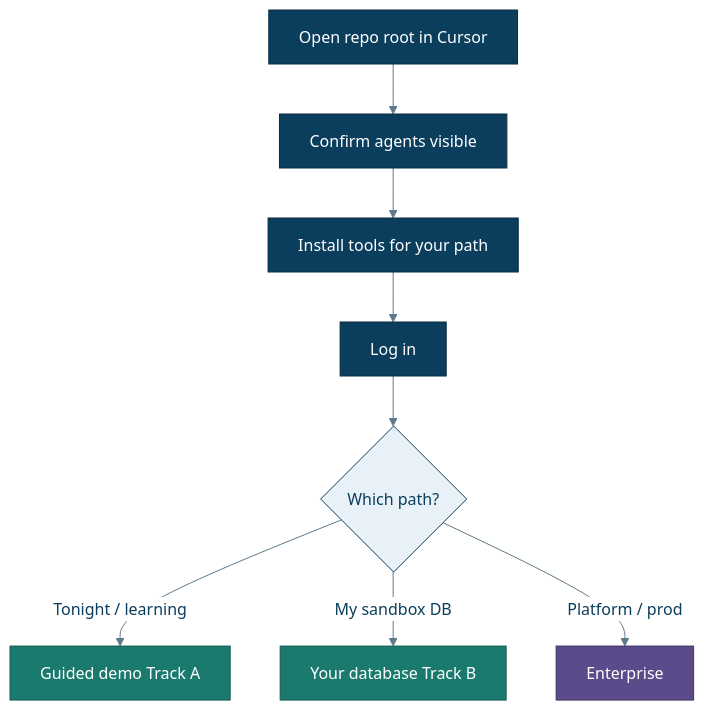
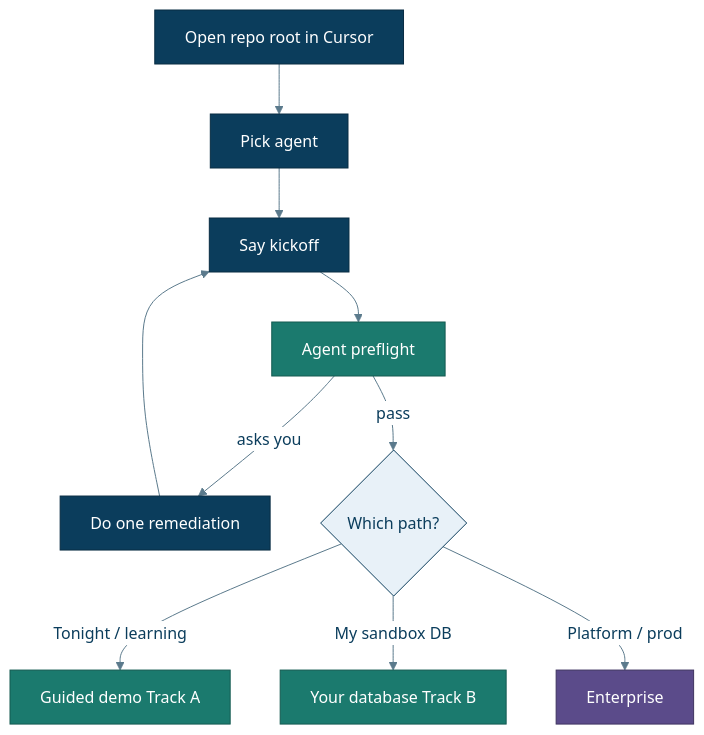
Before and after one commit to Jericho2010/edwmigration: the first of 2 diagrams in docs/getting-started.md, drawn with Mermaid. The commit also changed other lines of this file and 56 other files, not shown here.

First line of the commit message:
Add parallel Convert fan-out, kickoff-first preflight, and path guards.

````diff
--- a/docs/getting-started.md
+++ b/docs/getting-started.md
@@ -9,17 +9,19 @@
 ```mermaid
 %%{init: {"theme":"base","themeVariables":{"primaryColor":"#E8F1F8","primaryTextColor":"#0B3D5C","primaryBorderColor":"#0B3D5C","lineColor":"#5B7A8C","secondaryColor":"#E6F4F1","tertiaryColor":"#F7F3EA","background":"#FFFFFF","mainBkg":"#E8F1F8","clusterBkg":"#F7FAFC","clusterBorder":"#5B7A8C","titleColor":"#0B3D5C","edgeLabelBackground":"#FFFFFF"}}}%%
 flowchart TD
-  A[Open repo root in Cursor] --> B[Confirm agents visible]
-  B --> C[Install tools for your path]
-  C --> D[Log in]
-  D --> E{Which path?}
-  E -->|Tonight / learning| F[Guided demo Track A]
-  E -->|My sandbox DB| G[Your database Track B]
-  E -->|Platform / prod| H[Enterprise]
+  A[Open repo root in Cursor] --> B[Pick agent]
+  B --> C[Say kickoff]
+  C --> D[Agent preflight]
+  D -->|asks you| E[Do one remediation]
+  E --> C
+  D -->|pass| F{Which path?}
+  F -->|Tonight / learning| G[Guided demo Track A]
+  F -->|My sandbox DB| H[Your database Track B]
+  F -->|Platform / prod| I[Enterprise]
   classDef user fill:#0B3D5C,stroke:#082C43,color:#fff
   classDef agent fill:#1B7A6E,stroke:#145A51,color:#fff
   classDef ops fill:#5B4B8A,stroke:#3F3460,color:#fff
-  class A,B,C,D user
-  class F,G agent
-  class H ops
+  class A,B,C,E user
+  class D,G,H agent
+  class I ops
 ```
````
